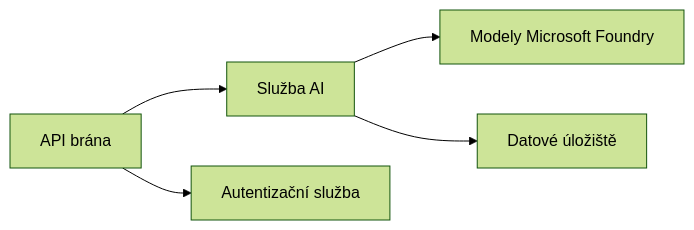
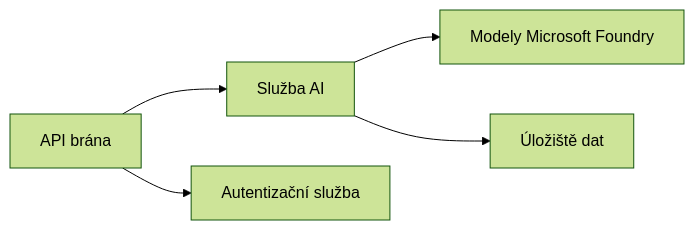
One commit to microsoft/AZD-for-beginners changed the first of 2 diagrams in translations/cs/docs/chapter-08-production/README.md. Above: the diagram before and after it, drawn with Mermaid (forest theme). The commit also changed other lines of this file and 104 other files, not shown here.

````diff
--- a/translations/cs/docs/chapter-08-production/README.md
+++ b/translations/cs/docs/chapter-08-production/README.md
@@ -48,6 +48,6 @@
 ```mermaid
 graph LR
     Gateway[API brána] --> AI[Služba AI] --> Models[Modely Microsoft Foundry]
     Gateway --> Auth[Autentizační služba]
-    AI --> Data[Datové úložiště]
+    AI --> Data[Úložiště dat]
 ```
````
